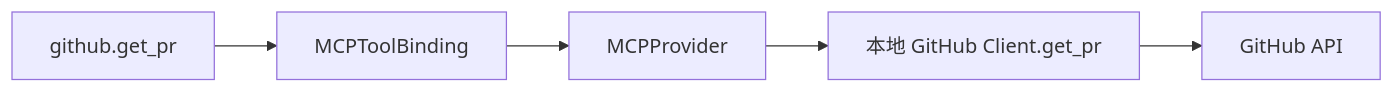
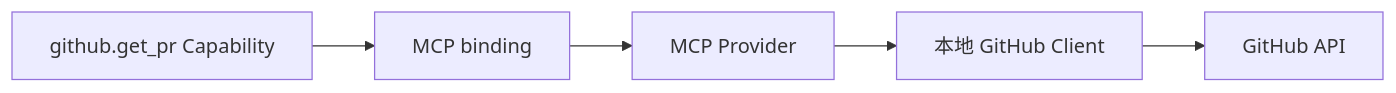
Before and after one commit to Arthur999459up/GitAgent: diagram 12 of 15 in docs/05-capability-and-tool-system.md, drawn with Mermaid. The commit also changed other lines of this file and 15 other files, not shown here.

````diff
--- a/docs/05-capability-and-tool-system.md
+++ b/docs/05-capability-and-tool-system.md
@@ -679,7 +333,7 @@
 ```mermaid
 flowchart LR
-    C[github.get_pr] --> B[MCPToolBinding]
-    B --> P[MCPProvider]
-    P --> G[本地 GitHub Client.get_pr]
+    C[github.get_pr Capability] --> M[MCP binding]
+    M --> P[MCP Provider]
+    P --> G[本地 GitHub Client]
     G --> API[GitHub API]
 ```
````
